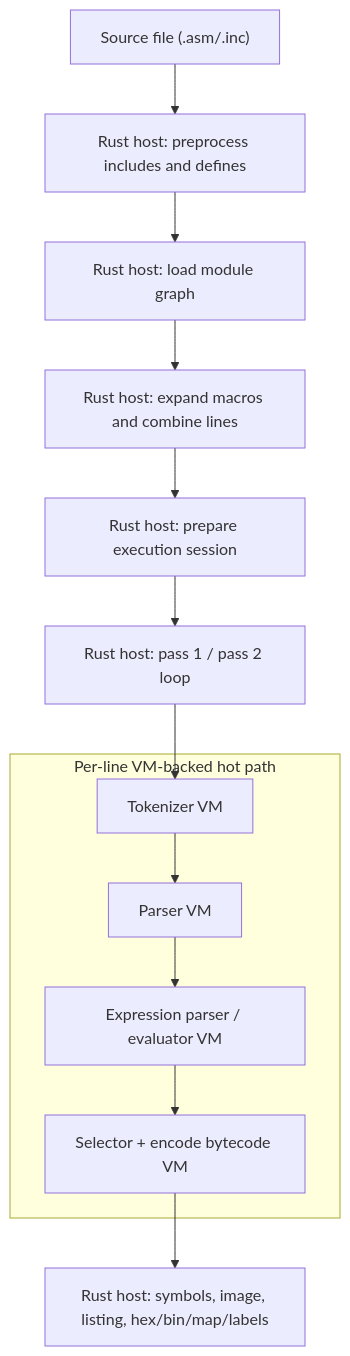
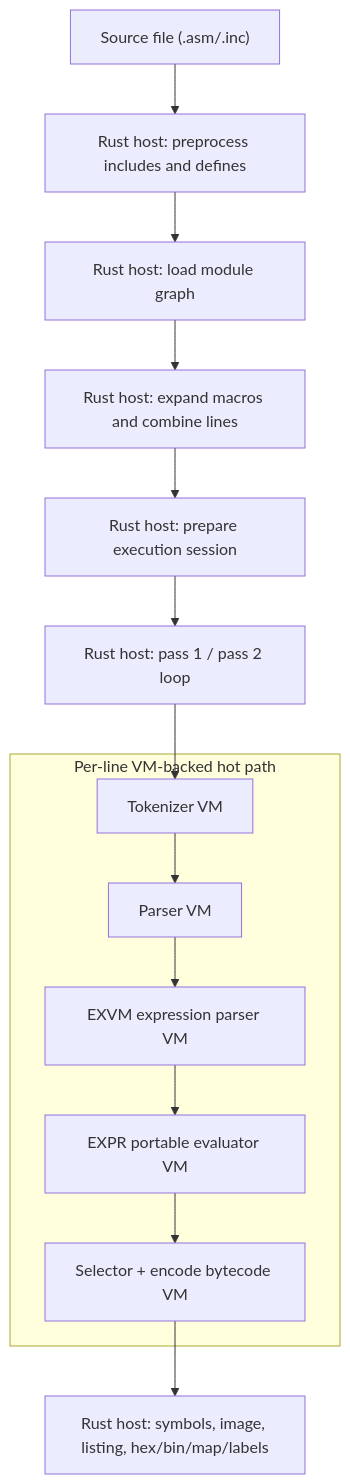
Before and after one commit to pig-games/opForge: the diagram in documentation/opforge-assembler-vm-path-guide-v0_1.md, drawn with Mermaid. The commit also changed other lines of this file and 4 other files, not shown here.

Commit message:
Document final EXVM expression boundary

````diff
--- a/documentation/opforge-assembler-vm-path-guide-v0_1.md
+++ b/documentation/opforge-assembler-vm-path-guide-v0_1.md
@@ -64,21 +64,23 @@
 ```mermaid
 flowchart TD
     A["Source file (.asm/.inc)"] --> B["Rust host: preprocess includes and defines"]
     B --> C["Rust host: load module graph"]
     C --> D["Rust host: expand macros and combine lines"]
     D --> E["Rust host: prepare execution session"]
     E --> F["Rust host: pass 1 / pass 2 loop"]
 
     subgraph HOT["Per-line VM-backed hot path"]
         G["Tokenizer VM"]
         H["Parser VM"]
-        I["Expression parser / evaluator VM"]
+        I["EXVM expression parser VM"]
+        X["EXPR portable evaluator VM"]
         J["Selector + encode bytecode VM"]
     end
 
     F --> G
     G --> H
     H --> I
-    I --> J
+    I --> X
+    X --> J
     J --> K["Rust host: symbols, image, listing, hex/bin/map/labels"]
 ```
````
